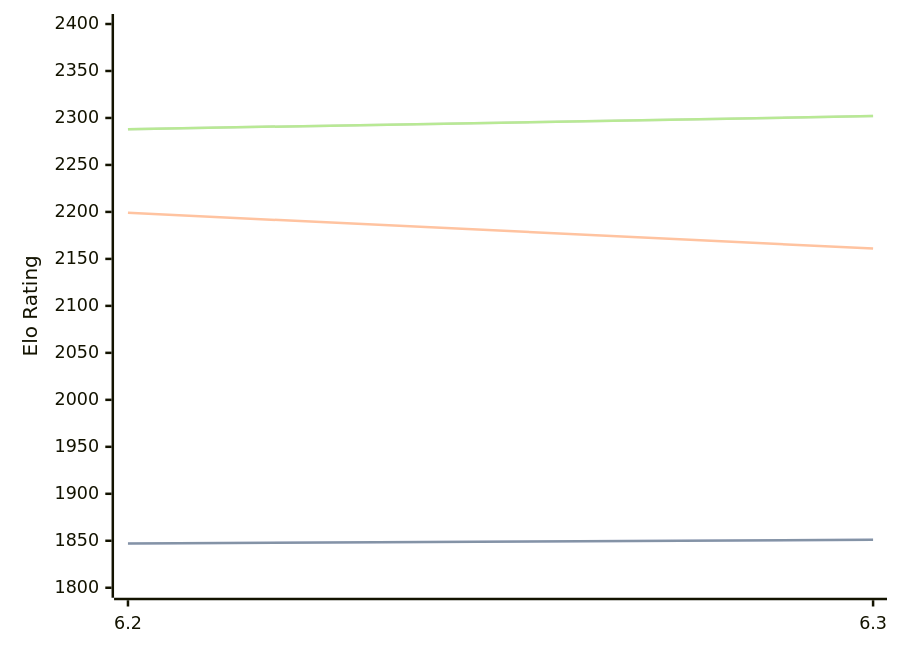
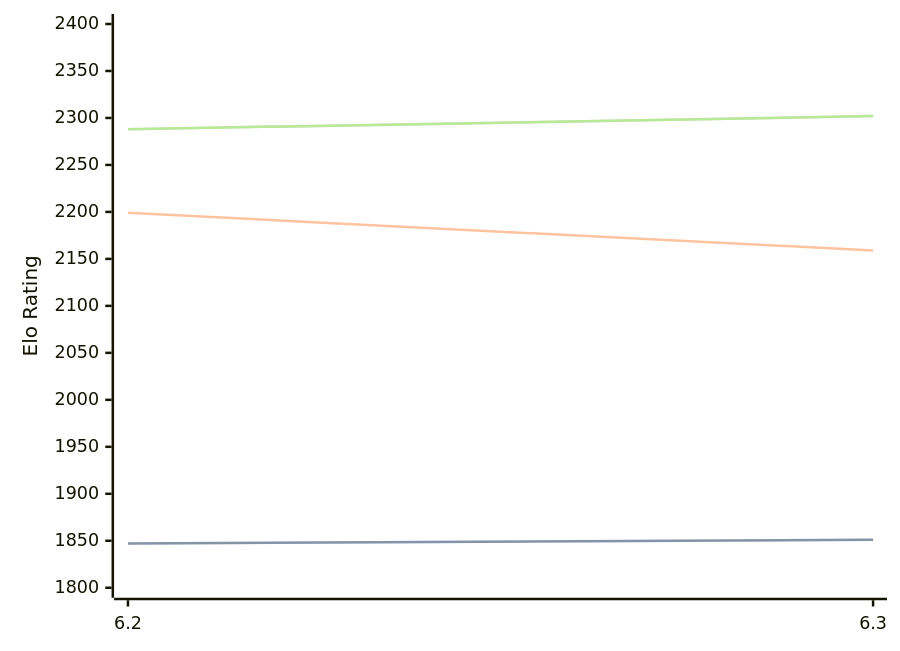
One commit to computer-chess-index/cci changed the third of 3 diagrams in engines/chess4j.md. Above: the diagram before and after it, drawn with Mermaid. The commit also changed other lines of this file, not shown here.

````diff
--- a/engines/chess4j.md
+++ b/engines/chess4j.md
@@ -71,11 +71,11 @@
 ```mermaid
 %%{init: {"theme":"base","themeVariables":{"seriesColors:['#a3a3a3','#222221','#faa371']}}}%%
 xychart-beta
   x-axis ["6.2", "6.3"]
   y-axis "Elo Rating" 1800 --> 2400
   line "STC (8.0+0.08s)" [1847, 1851]
   line "STC (8.0+0.08s)" [1847, 1851]
-  line "LTC (60.0+0.60s)" [2199, 2161]
+  line "LTC (60.0+0.60s)" [2199, 2159]
   line "VLTC (2m24s+1.12s)" [2288, 2302]
   line "VLTC (2m24s+1.12s)" [2288, 2302]
 ```
````
